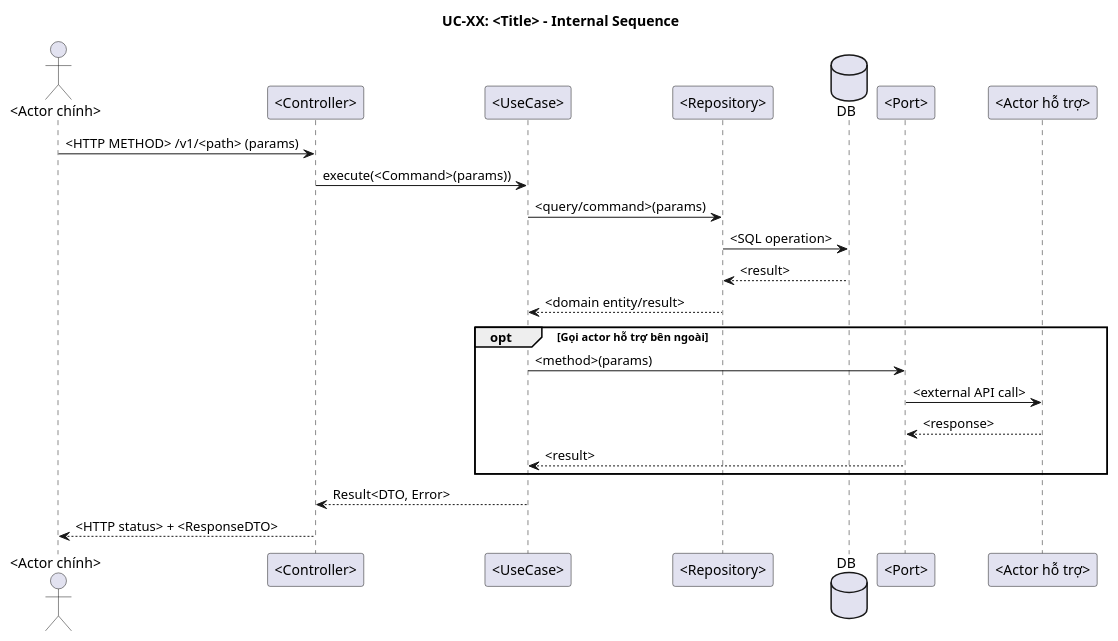
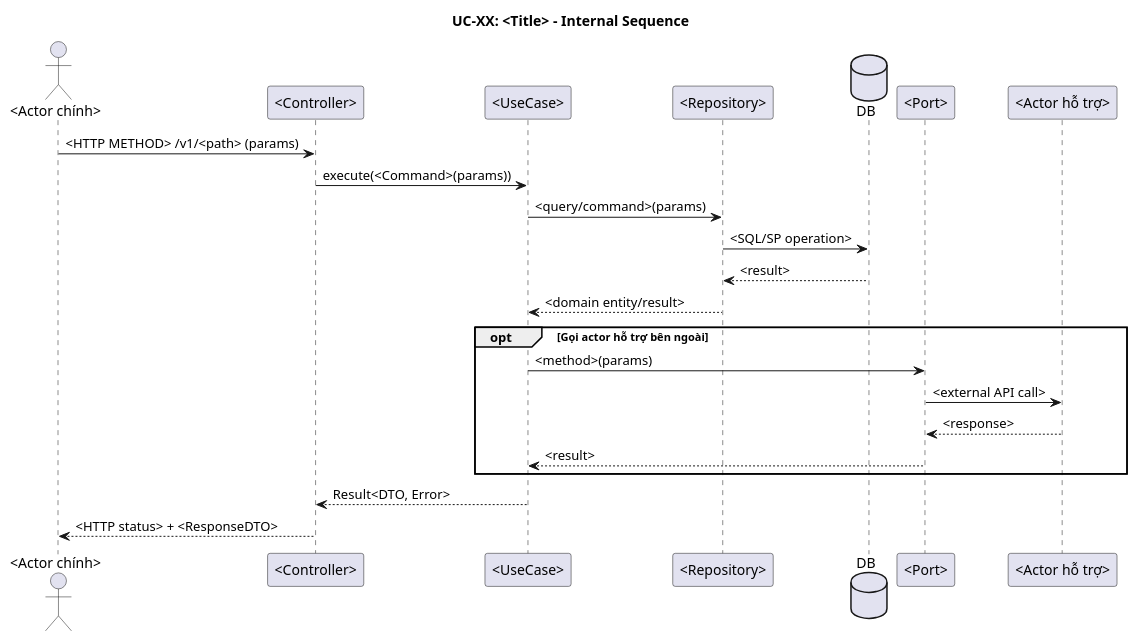
One commit to Phunguy65/train-ticket-booking-system-plus changed the sixth of 7 diagrams in docs/usecases/template.md. Above: the diagram before and after it, drawn with PlantUML. The commit also changed other lines of this file and 7 other files, not shown here.

````diff
--- a/docs/usecases/template.md
+++ b/docs/usecases/template.md
@@ -184,30 +259,30 @@
 ```plantuml
 @startuml UC-XX-internal
 title UC-XX: <Title> - Internal Sequence
 
 actor "<Actor chính>" as Actor
 participant "<Controller>" as CTL
 participant "<UseCase>" as UC
 participant "<Repository>" as REPO
 database "DB" as DB
 participant "<Port>" as PORT
 participant "<Actor hỗ trợ>" as EXT
 
 Actor -> CTL: <HTTP METHOD> /v1/<path> (params)
 CTL -> UC: execute(<Command>(params))
 UC -> REPO: <query/command>(params)
-REPO -> DB: <SQL operation>
+REPO -> DB: <SQL/SP operation>
 DB --> REPO: <result>
 REPO --> UC: <domain entity/result>
 
 opt Gọi actor hỗ trợ bên ngoài
     UC -> PORT: <method>(params)
     PORT -> EXT: <external API call>
     EXT --> PORT: <response>
     PORT --> UC: <result>
 end
 
 UC --> CTL: Result<DTO, Error>
 CTL --> Actor: <HTTP status> + <ResponseDTO>
 @enduml
 ```
````
